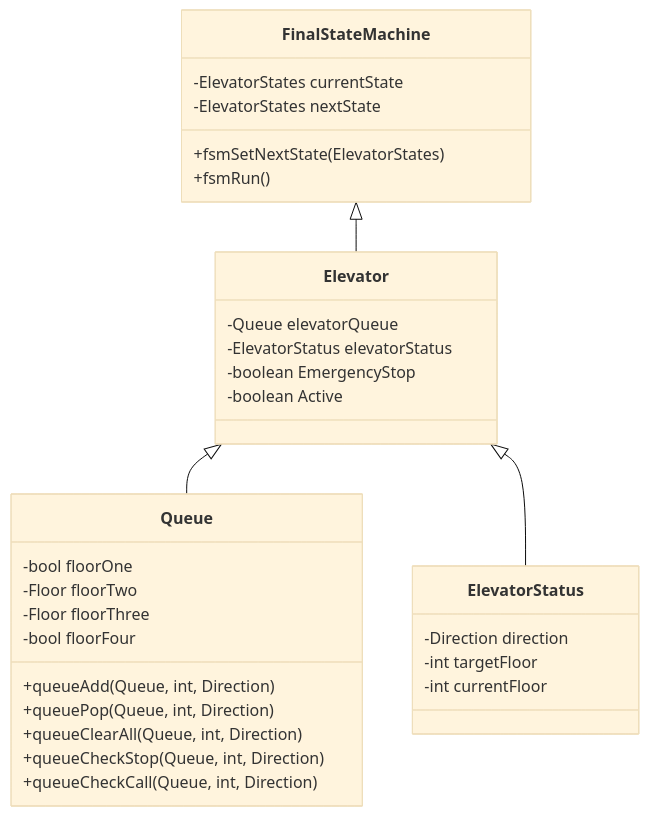
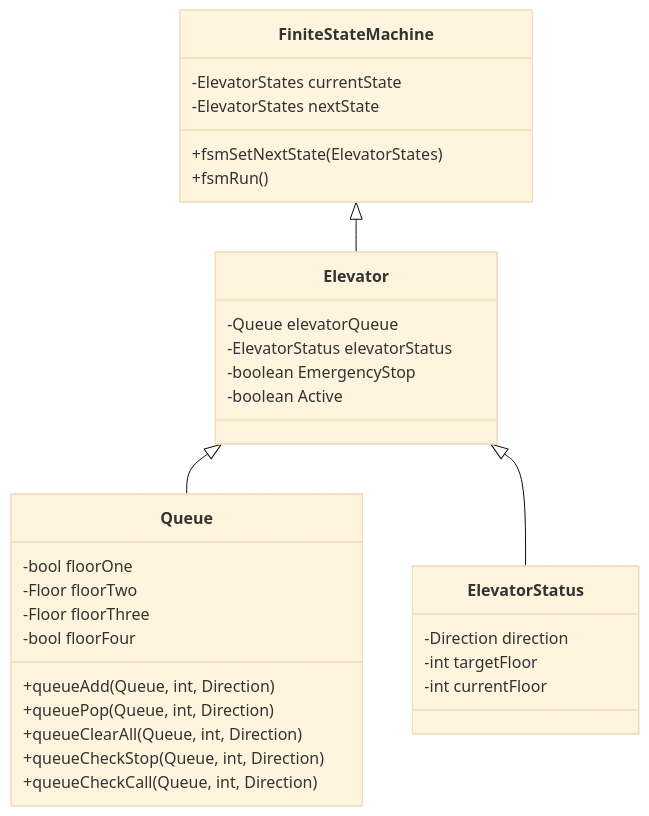
Before and after one commit to andreasnett/heislab: the first of 5 diagrams in mermaid.md, drawn with Mermaid (base theme).

Commit message:
change mermaid

````diff
--- a/mermaid.md
+++ b/mermaid.md
@@ -5,38 +5,38 @@
 ```mermaid
 classDiagram
     Elevator <|-- Queue
     Elevator <|-- ElevatorStatus
-    FinalStateMachine <|-- Elevator
+    FiniteStateMachine <|-- Elevator
     class Elevator{
       -Queue elevatorQueue
       -ElevatorStatus elevatorStatus
       -boolean EmergencyStop
       -boolean Active
 
     }
 
     class Queue{
       -bool floorOne
       -Floor floorTwo
       -Floor floorThree
       -bool floorFour
       +queueAdd(Queue, int, Direction)
       +queuePop(Queue, int, Direction)
       +queueClearAll(Queue, int, Direction)
       +queueCheckStop(Queue, int, Direction)
       +queueCheckCall(Queue, int, Direction)
     }
 
     class ElevatorStatus{
       -Direction direction
       -int targetFloor
       -int currentFloor
     }
 
-    class FinalStateMachine {
+    class FiniteStateMachine {
       -ElevatorStates currentState
       -ElevatorStates nextState
       +fsmSetNextState(ElevatorStates)
       +fsmRun()
     }
 ```
````
